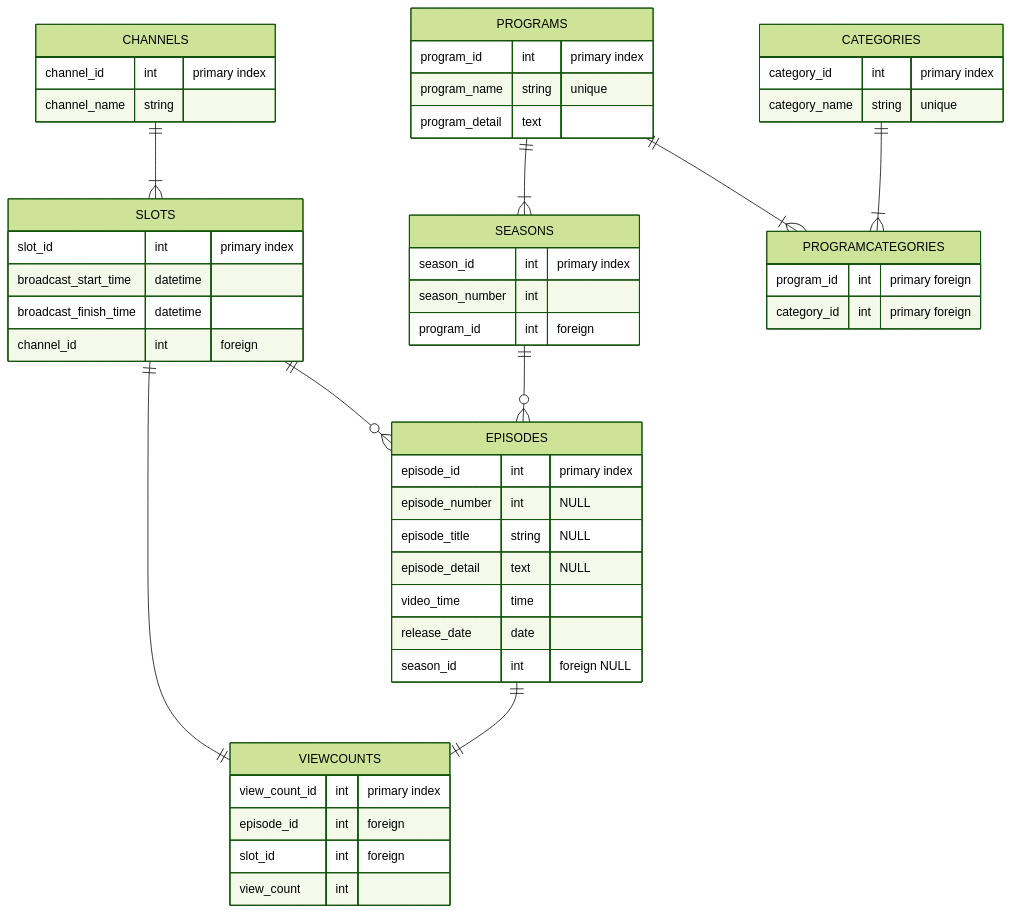
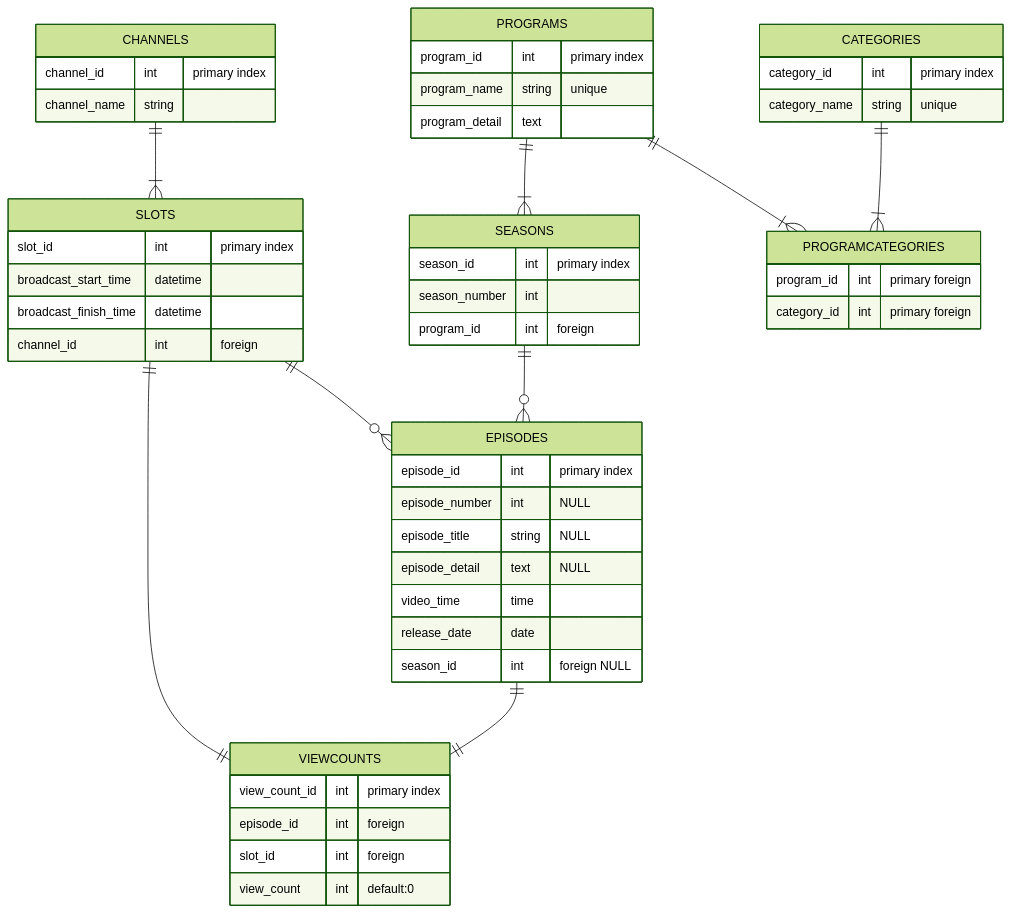
One commit to peterdo415/abema_db changed the diagram in abema_db_table.md. Above: the diagram before and after it, drawn with Mermaid (forest theme).

Commit message:
メイン変更、修正

````diff
--- a/abema_db_table.md
+++ b/abema_db_table.md
@@ -3,59 +3,59 @@
 ```mermaid
 
 erDiagram
  CHANNELS ||--|{ SLOTS : ""
  SLOTS ||--o{ EPISODES : ""
  PROGRAMS ||--|{ SEASONS : ""
  SEASONS ||--o{ EPISODES : ""
  PROGRAMS ||--|{ PROGRAMCATEGORIES : ""
  CATEGORIES ||--|{ PROGRAMCATEGORIES : ""
  SLOTS ||--|| VIEWCOUNTS : ""
  EPISODES ||--|| VIEWCOUNTS : ""
 
  CHANNELS {
  channel_id int "primary index"
  channel_name string 
  }
 
  SLOTS {
  slot_id int "primary index"
  broadcast_start_time datetime
  broadcast_finish_time datetime
  channel_id int "foreign"
  }
  PROGRAMS {
  program_id int "primary index"
  program_name string "unique"
  program_detail text
  }
  SEASONS {
  season_id int "primary index"
  season_number int
  program_id int "foreign"
  }
  EPISODES {
  episode_id int "primary index"
  episode_number int "NULL"
  episode_title string "NULL"
  episode_detail text "NULL"
  video_time time
  release_date date
  season_id int "foreign NULL"
  }
  VIEWCOUNTS {
  view_count_id int "primary index"
  episode_id int "foreign"
  slot_id int "foreign"
- view_count int
+ view_count int "default:0"
  }
  CATEGORIES {
  category_id int "primary index"
  category_name string "unique"
  }
  
  PROGRAMCATEGORIES {
  program_id int "primary foreign"
  category_id int "primary foreign"
  }
 
 ```
````
